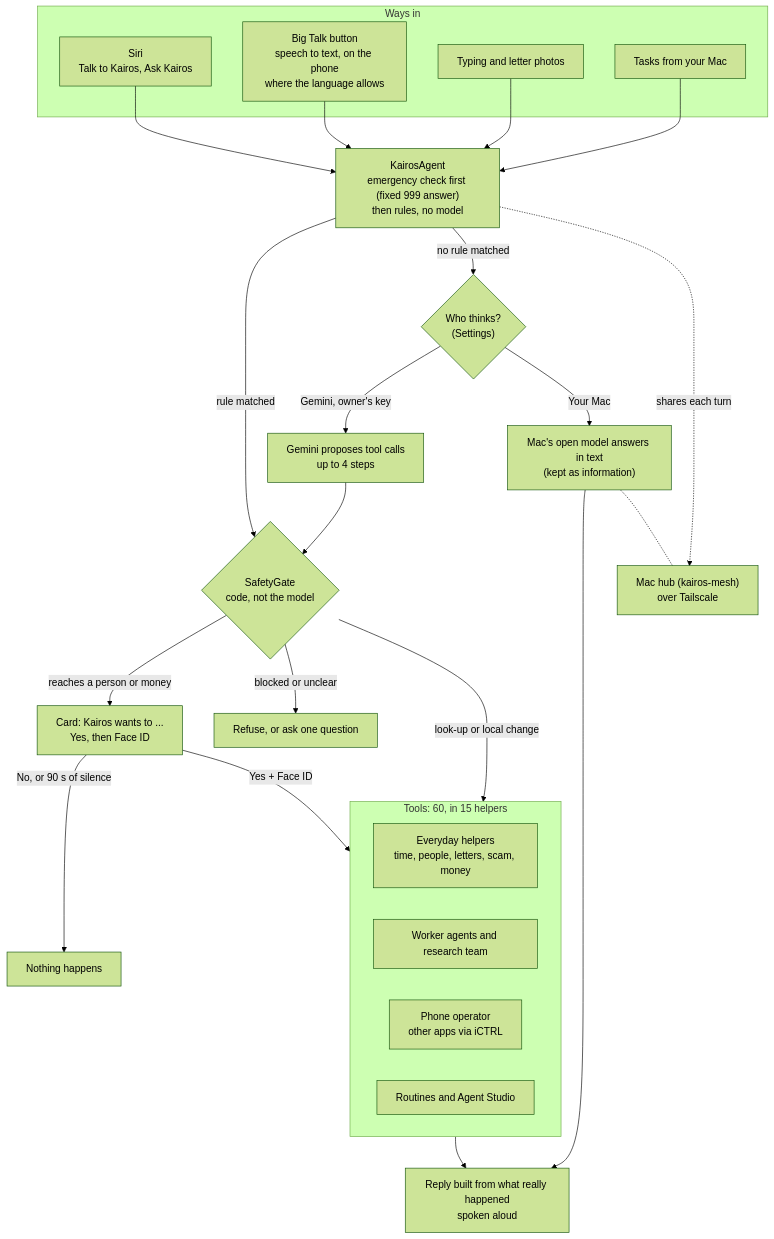
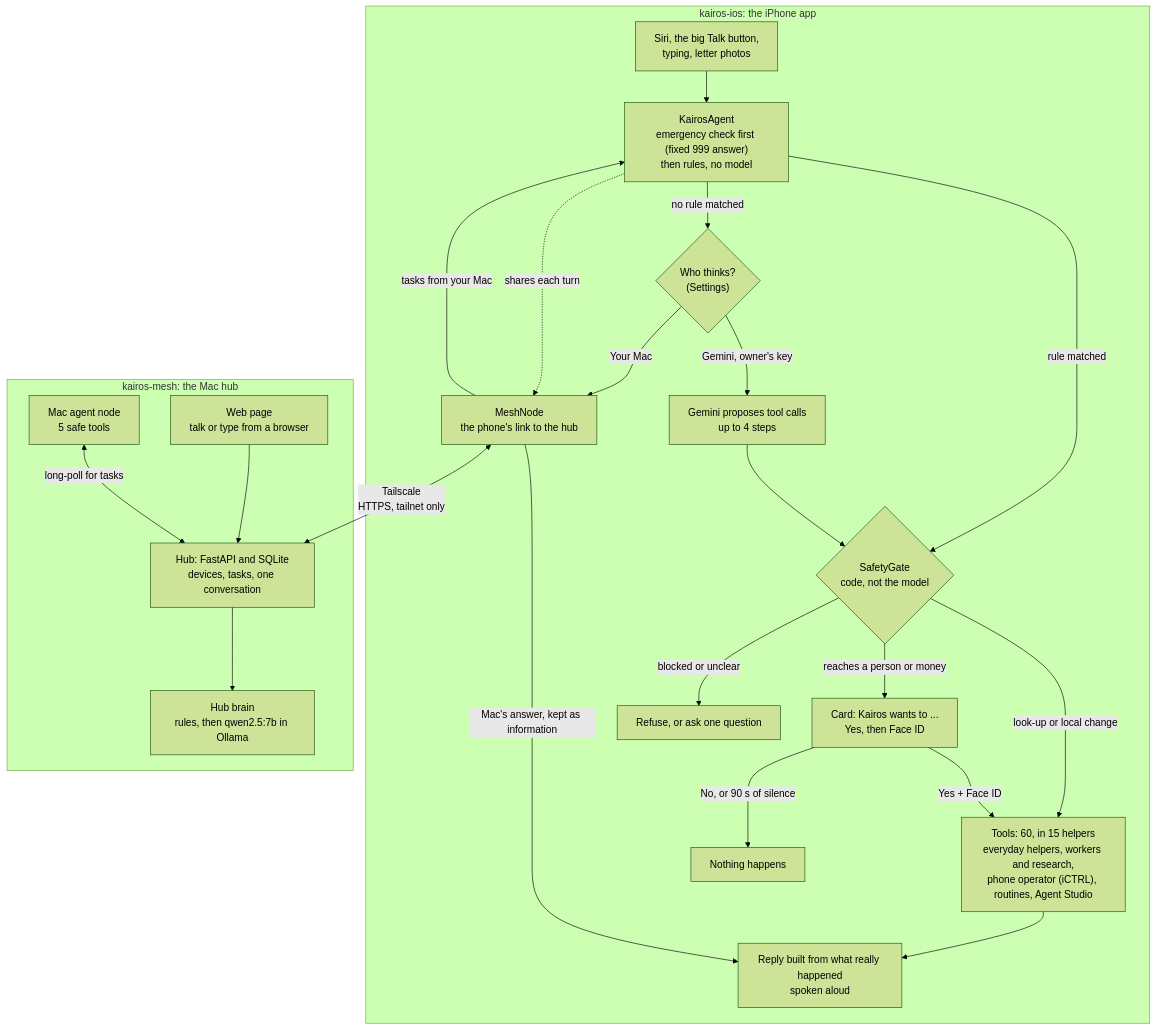
One commit to ShivaTeja05/kairos-ios changed the diagram in README.md. Above: the diagram before and after it, drawn with Mermaid (forest theme). The commit also changed other lines of this file and 2 other files, not shown here.

First line of the commit message:
Rewrite the README for the whole repo, and add kairos-ios/README.md

````diff
--- a/README.md
+++ b/README.md
@@ -17,34 +27,41 @@
 ```mermaid
 flowchart TD
-  subgraph W["Ways in"]
-    A1["Siri<br/>Talk to Kairos, Ask Kairos"]
-    A2["Big Talk button<br/>speech to text, on the phone<br/>where the language allows"]
-    A3["Typing and letter photos"]
-    A4["Tasks from your Mac"]
+  subgraph IOS["kairos-ios: the iPhone app"]
+    W["Siri, the big Talk button,<br/>typing, letter photos"]
+    K["KairosAgent<br/>emergency check first (fixed 999 answer)<br/>then rules, no model"]
+    B{"Who thinks?<br/>(Settings)"}
+    GM["Gemini proposes tool calls<br/>up to 4 steps"]
+    G{"SafetyGate<br/>code, not the model"}
+    C["Card: Kairos wants to ...<br/>Yes, then Face ID"]
+    X["Refuse, or ask one question"]
+    N["Nothing happens"]
+    T["Tools: 60, in 15 helpers<br/>everyday helpers, workers and research,<br/>phone operator (iCTRL), routines, Agent Studio"]
+    R["Reply built from what really happened<br/>spoken aloud"]
+    MN["MeshNode<br/>the phone's link to the hub"]
   end
-  A1 --> K
-  A2 --> K
-  A3 --> K
-  A4 --> K
-  K["KairosAgent<br/>emergency check first (fixed 999 answer)<br/>then rules, no model"]
+  subgraph MESH["kairos-mesh: the Mac hub"]
+    HUB["Hub: FastAPI and SQLite<br/>devices, tasks, one conversation"]
+    BR["Hub brain<br/>rules, then qwen2.5:7b in Ollama"]
+    NODE["Mac agent node<br/>5 safe tools"]
+    WEB["Web page<br/>talk or type from a browser"]
+  end
+  W --> K
   K -->|"rule matched"| G
-  K -->|"no rule matched"| B{"Who thinks?<br/>(Settings)"}
-  B -->|"Gemini, owner's key"| GM["Gemini proposes tool calls<br/>up to 4 steps"]
-  B -->|"Your Mac"| MM["Mac's open model answers in text<br/>(kept as information)"]
-  GM --> G{"SafetyGate<br/>code, not the model"}
+  K -->|"no rule matched"| B
+  B -->|"Gemini, owner's key"| GM
+  B -->|"Your Mac"| MN
+  GM --> G
   G -->|"look-up or local change"| T
-  G -->|"reaches a person or money"| C["Card: Kairos wants to ...<br/>Yes, then Face ID"]
-  G -->|"blocked or unclear"| X["Refuse, or ask one question"]
+  G -->|"reaches a person or money"| C
+  G -->|"blocked or unclear"| X
   C -->|"Yes + Face ID"| T
-  C -->|"No, or 90 s of silence"| N["Nothing happens"]
-  subgraph T["Tools: 60, in 15 helpers"]
-    H1["Everyday helpers<br/>time, people, letters, scam, money"]
-    H2["Worker agents and research team"]
-    H3["Phone operator<br/>other apps via iCTRL"]
-    H4["Routines and Agent Studio"]
-  end
-  T --> R["Reply built from what really happened<br/>spoken aloud"]
-  MM --> R
-  K -.->|"shares each turn"| M["Mac hub (kairos-mesh)<br/>over Tailscale"]
-  MM -.- M
+  C -->|"No, or 90 s of silence"| N
+  T --> R
+  K -.->|"shares each turn"| MN
+  MN -->|"Mac's answer, kept as information"| R
+  MN -->|"tasks from your Mac"| K
+  MN <-->|"Tailscale<br/>HTTPS, tailnet only"| HUB
+  HUB --> BR
+  NODE <-->|"long-poll for tasks"| HUB
+  WEB --> HUB
 ```
````
